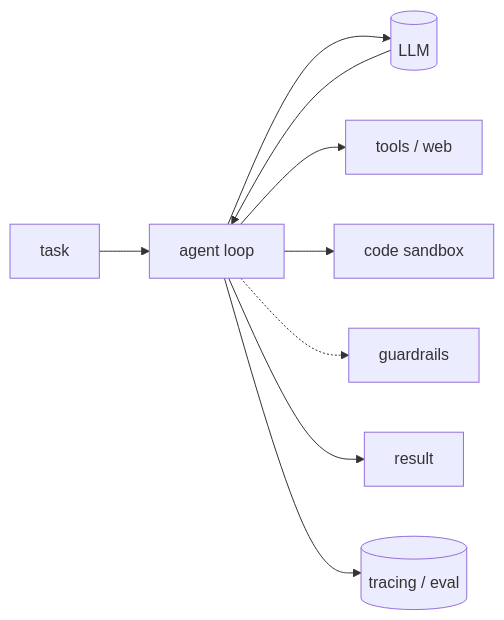
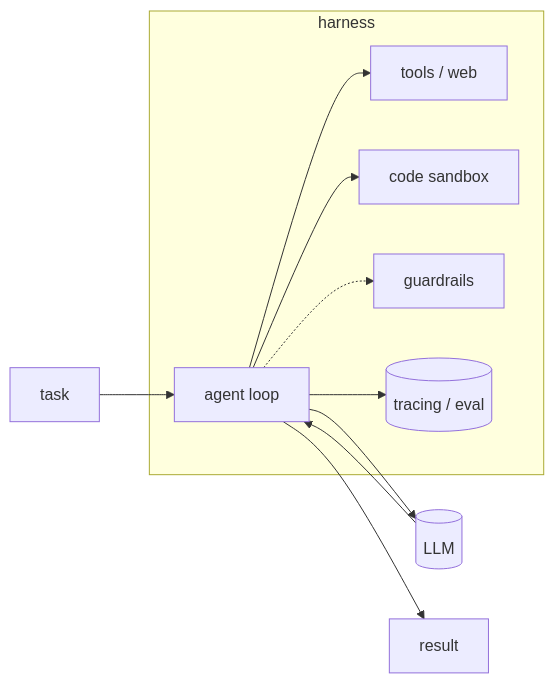
The diagram in src/content/concepts/en/harness-engineering.mdx (CodeCompose7/awesome-ai-stack), drawn with Mermaid before and after one commit. The commit also changed 1 other file, not shown here.

Commit message:
content(concepts): group the harness pieces in the diagram
Wrap the agent loop + tools/sandbox/guardrails/eval in a 'harness'
subgraph and keep the LLM outside it, so the diagram matches the prose:
the harness is the scaffolding, the model is the one part it wraps.

````diff
--- a/src/content/concepts/en/harness-engineering.mdx
+++ b/src/content/concepts/en/harness-engineering.mdx
@@ -33,11 +33,14 @@
 ```mermaid
 flowchart LR
-  task[task] --> loop[agent loop]
+  subgraph harness [harness]
+    loop[agent loop]
+    loop --> tools[tools / web]
+    loop --> sandbox[code sandbox]
+    loop -.-> guard[guardrails]
+    loop --> obs[(tracing / eval)]
+  end
+  task[task] --> loop
   loop --> model[(LLM)]
   model --> loop
-  loop --> tools[tools / web]
-  loop --> sandbox[code sandbox]
-  loop -.-> guard[guardrails]
   loop --> out[result]
-  loop --> obs[(tracing / eval)]
 ```
````
